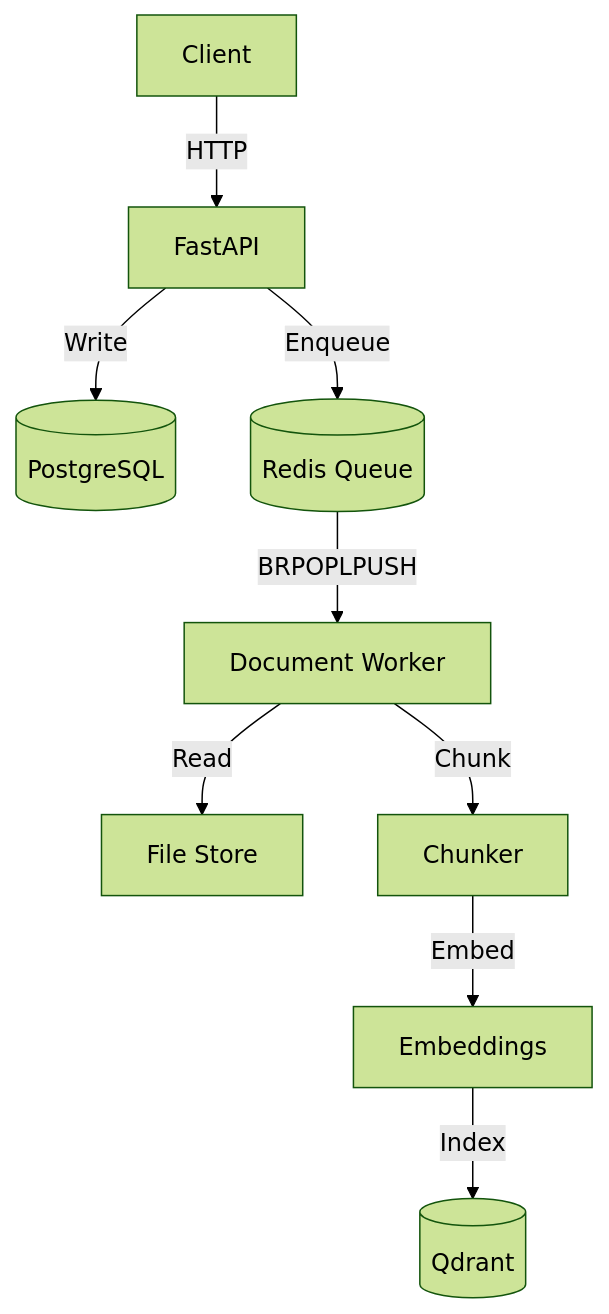
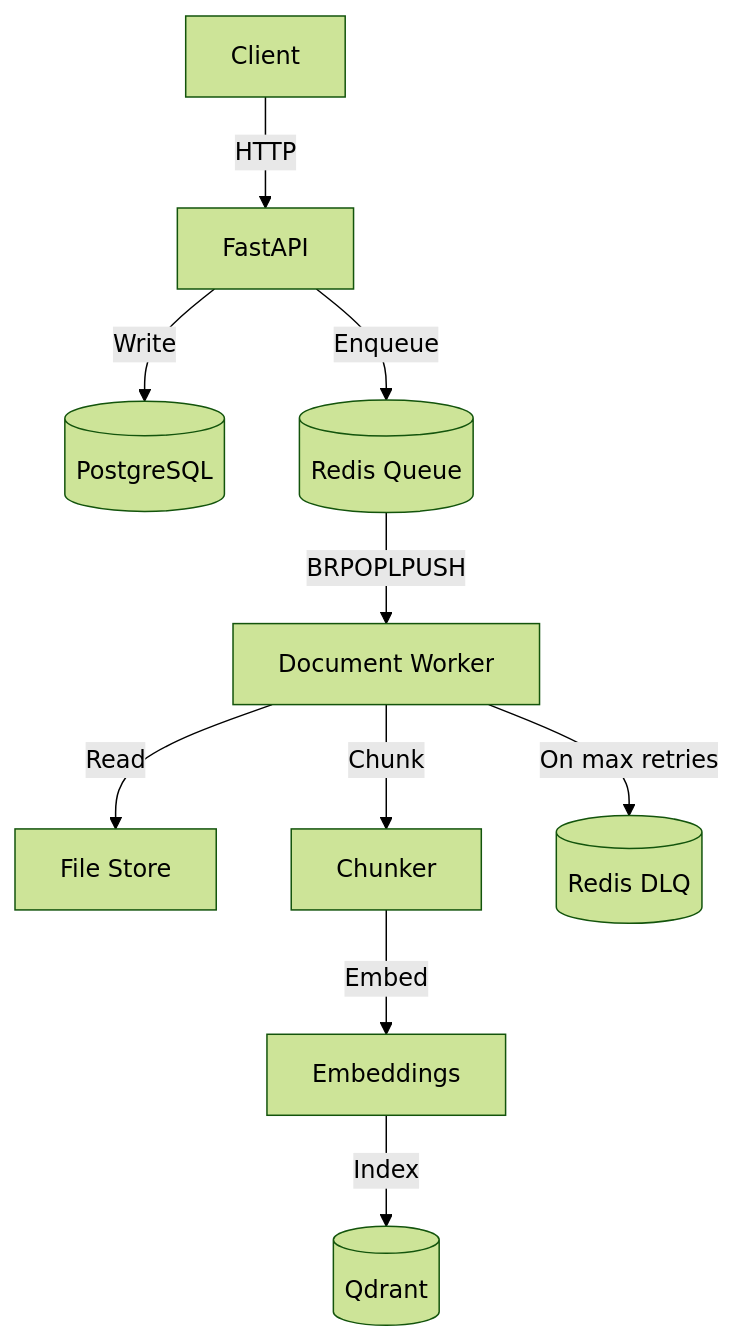
The diagram in README.md (winsongr/async-rag-ingestion-engine), drawn with Mermaid (forest theme) before and after one commit. The commit also changed other lines of this file and 15 other files, not shown here.

````diff
--- a/README.md
+++ b/README.md
@@ -13,11 +14,12 @@
 ```mermaid
 graph TB
     Client -->|HTTP| API[FastAPI]
     API -->|Write| PG[(PostgreSQL)]
     API -->|Enqueue| Redis[(Redis Queue)]
     Redis -->|BRPOPLPUSH| Worker[Document Worker]
     Worker -->|Read| FS[File Store]
     Worker -->|Chunk| Chunker
     Chunker -->|Embed| Embeddings
     Embeddings -->|Index| Qdrant[(Qdrant)]
+    Worker -->|On max retries| DLQ[(Redis DLQ)]
 ```
````
